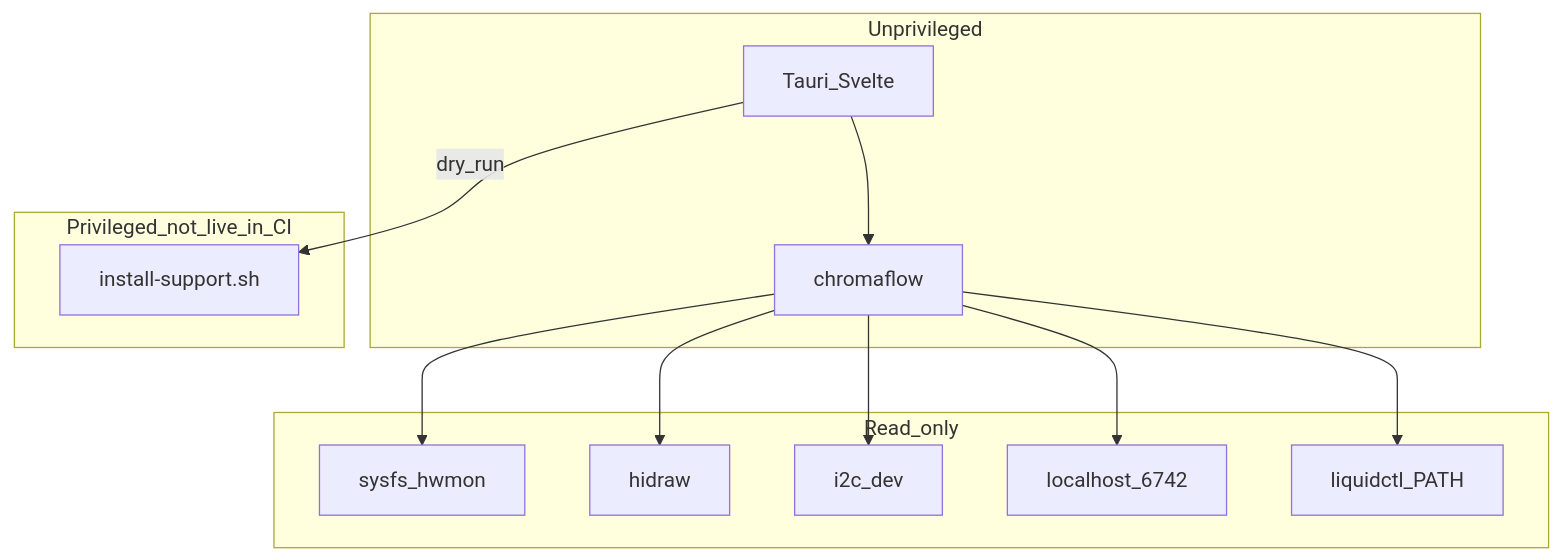
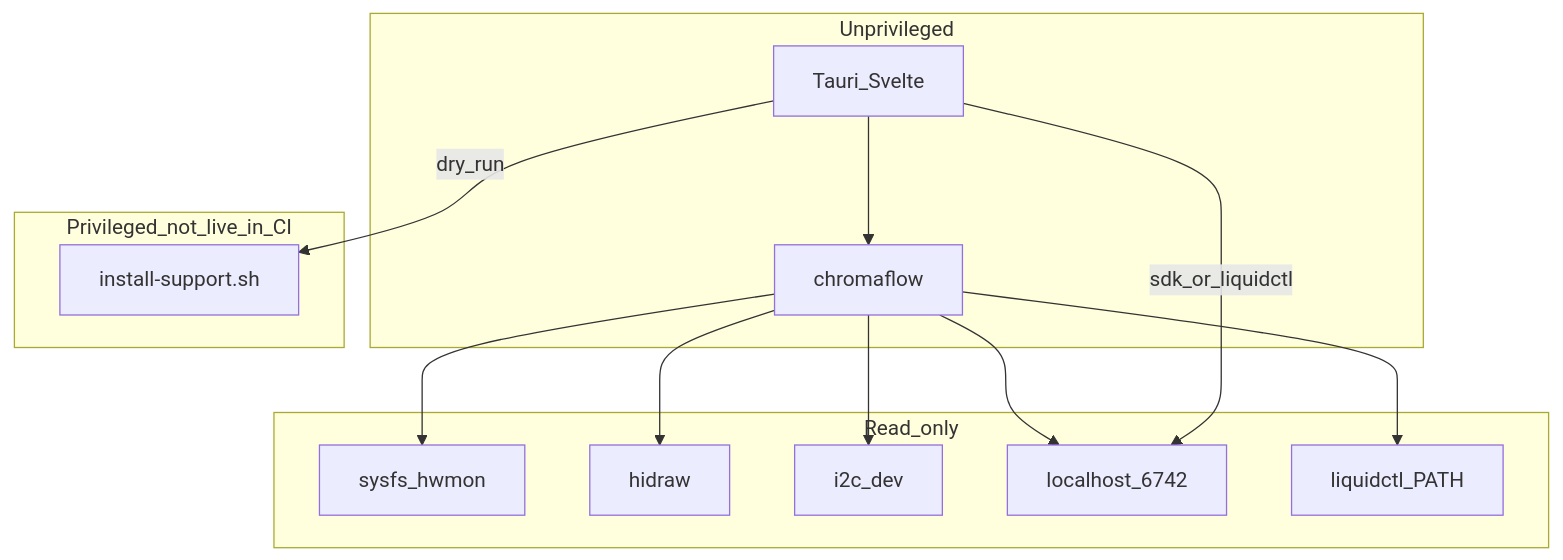
The diagram in docs/ARCHITECTURE.md (edwardlthompson/chromaflow), drawn with Mermaid before and after one commit. The commit also changed other lines of this file and 227 other files, not shown here.

````diff
--- a/docs/ARCHITECTURE.md
+++ b/docs/ARCHITECTURE.md
@@ -7,24 +7,26 @@
 ```mermaid
 flowchart TB
   subgraph unpriv [Unprivileged]
     GUI[Tauri_Svelte]
     CLI[chromaflow]
   end
   subgraph helper [Privileged_not_live_in_CI]
     Script[install-support.sh]
   end
   subgraph scan [Read_only]
     Hwmon[sysfs_hwmon]
     Hidraw[hidraw]
     I2c[i2c_dev]
     Orgb[localhost_6742]
     Liq[liquidctl_PATH]
   end
   GUI --> CLI
   CLI --> Hwmon
   CLI --> Hidraw
   CLI --> I2c
   CLI --> Orgb
   CLI --> Liq
   GUI -->|dry_run| Script
+  GUI -->|sdk_or_liquidctl| Orgb
+
 ```
````
